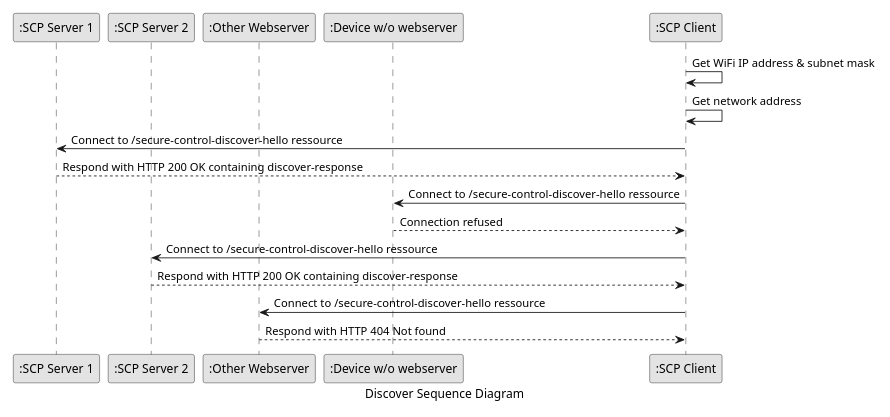
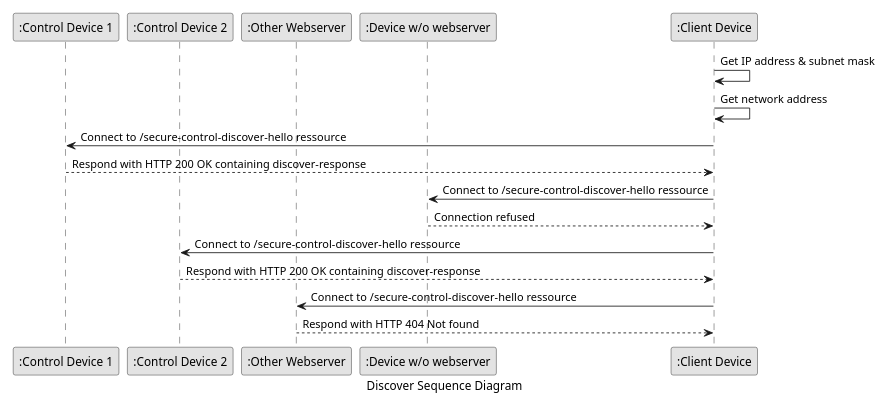
The third of 4 diagrams in doc/secure-control-protocol-specification.md (houseos/SCP), drawn with PlantUML before and after one commit. The commit also changed other lines of this file and 1 other file, not shown here.

````diff
--- a/doc/secure-control-protocol-specification.md
+++ b/doc/secure-control-protocol-specification.md
@@ -206,31 +204,31 @@
 ```plantuml
 @startuml
 caption Discover Sequence Diagram
 
 skinparam monochrome true
 
 scale max 650 width
 
-participant ":SCP Server 1" as server1
-participant ":SCP Server 2" as server2
+participant ":Control Device 1" as server1
+participant ":Control Device 2" as server2
 participant ":Other Webserver" as webserver
 participant ":Device w/o webserver" as device
-participant ":SCP Client" as client
+participant ":Client Device" as client
 
-client -> client : Get WiFi IP address & subnet mask
+client -> client : Get IP address & subnet mask
 client -> client : Get network address
 
 client -> server1 : Connect to /secure-control-discover-hello ressource
 server1 --> client : Respond with HTTP 200 OK containing discover-response 
 
 client -> device : Connect to /secure-control-discover-hello ressource
 device --> client : Connection refused
 
 client -> server2 : Connect to /secure-control-discover-hello ressource
 server2 --> client : Respond with HTTP 200 OK containing discover-response 
 
 client -> webserver : Connect to /secure-control-discover-hello ressource
 webserver --> client : Respond with HTTP 404 Not found
 
 @enduml
 ```
````
